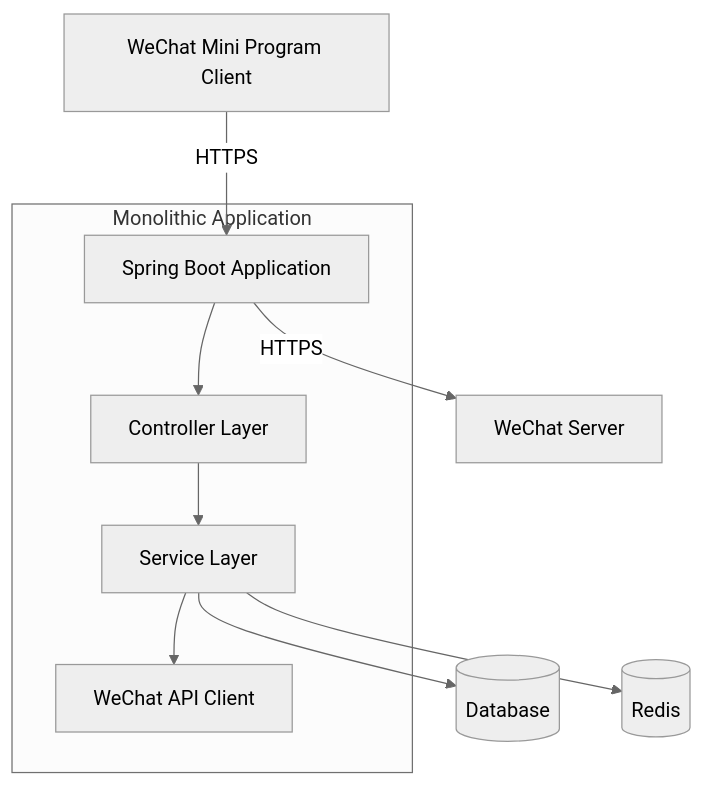
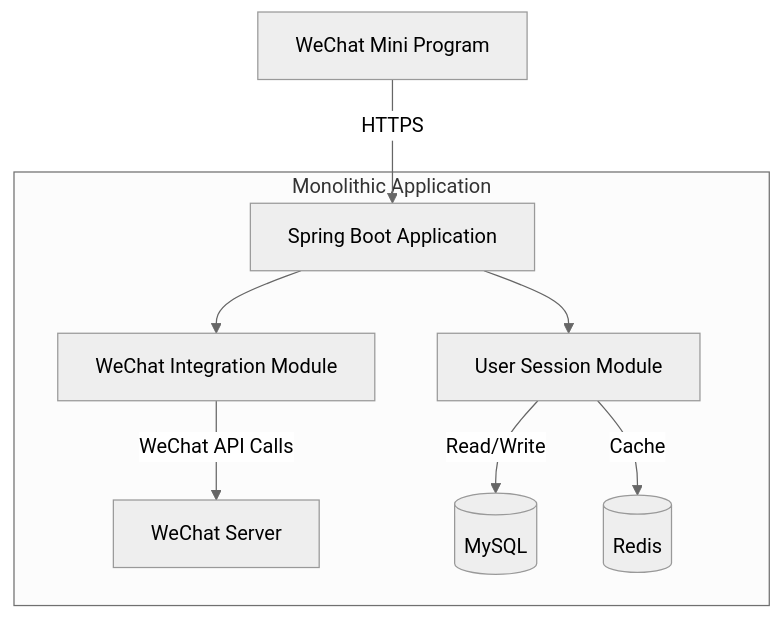
Before and after one commit to v-wjrong/rongwj666_weixin-java-miniapp-demo: the diagram in docs/en/summary/system_architecture.md, drawn with Mermaid (neutral theme). The commit also changed other lines of this file and 47 other files, not shown here.

````diff
--- a/docs/en/summary/system_architecture.md
+++ b/docs/en/summary/system_architecture.md
@@ -51,12 +75,11 @@
 ```mermaid
 graph TD
-    A[WeChat Mini Program Client] -- HTTPS --> B[Spring Boot Application]
-    B -- HTTPS --> C[WeChat Server]
+    A[WeChat Mini Program] -- HTTPS --> B[Spring Boot Application]
     subgraph Monolithic Application
-        B --> D[Controller Layer]
-        D --> E[Service Layer]
-        E --> F[WeChat API Client]
+        B --> C[WeChat Integration Module]
+        B --> D[User Session Module]
+        C -- WeChat API Calls --> E[WeChat Server]
+        D -- Read/Write --> F[(MySQL)]
+        D -- Cache --> G[(Redis)]
     end
-    E --> G[(Database)]
-    E --> H[(Redis)]
 ```
````
